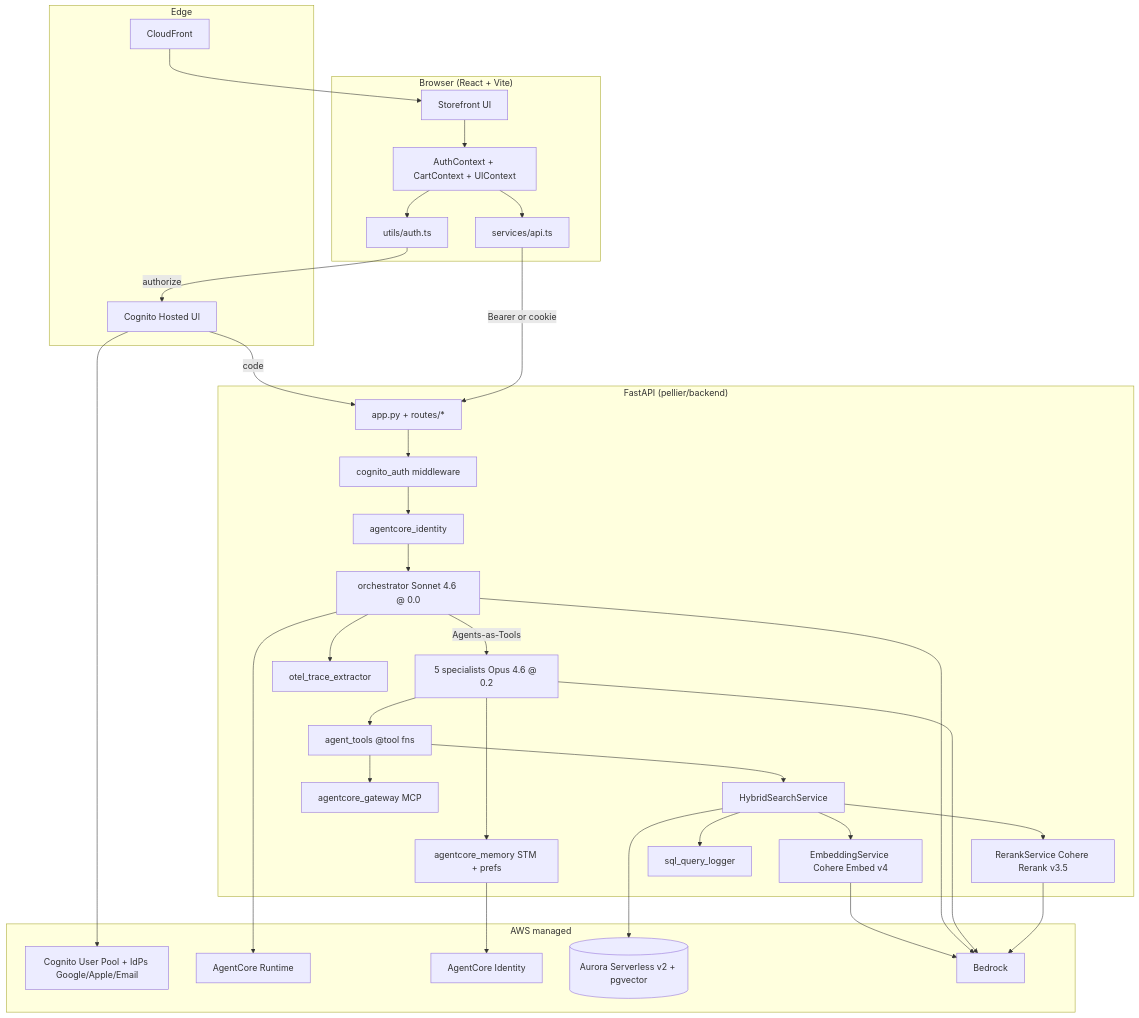
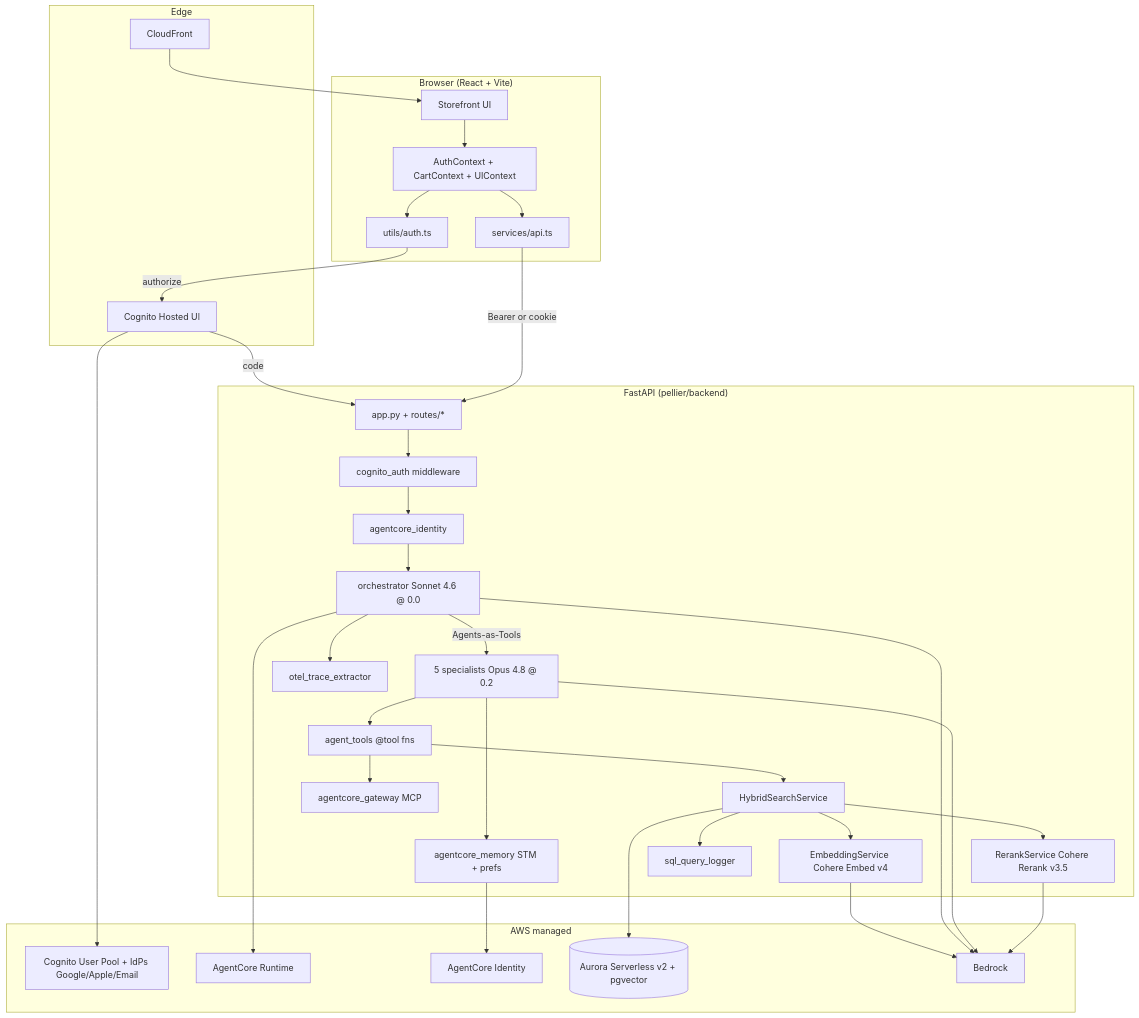
The first of 5 diagrams in .kiro/specs/pellier-storefront/design.md (aws-samples/sample-dat406-build-agentic-ai-powered-search-apg), drawn with Mermaid before and after one commit. The commit also changed other lines of this file and 61 other files, not shown here.

````diff
--- a/.kiro/specs/pellier-storefront/design.md
+++ b/.kiro/specs/pellier-storefront/design.md
@@ -32,66 +32,66 @@
 ```mermaid
 graph TB
   subgraph Browser["Browser (React + Vite)"]
     UI[Storefront UI]
     Ctx[AuthContext + CartContext + UIContext]
     API[services/api.ts]
     Auth[utils/auth.ts]
   end
 
   subgraph Edge["Edge"]
     CFN[CloudFront]
     CUI[Cognito Hosted UI]
   end
 
   subgraph Backend["FastAPI (pellier/backend)"]
     APP[app.py + routes/*]
     MW[cognito_auth middleware]
     ACID[agentcore_identity]
     ORCH[orchestrator Sonnet 4.6 @ 0.0]
-    SPEC[5 specialists Opus 4.6 @ 0.2]
+    SPEC[5 specialists Opus 4.8 @ 0.2]
     TOOLS[agent_tools @tool fns]
     HS[HybridSearchService]
     EMB[EmbeddingService Cohere Embed v4]
     RR[RerankService Cohere Rerank v3.5]
     MEM[agentcore_memory STM + prefs]
     GW[agentcore_gateway MCP]
     OTEL[otel_trace_extractor]
     SQL[sql_query_logger]
   end
 
   subgraph AWS["AWS managed"]
     COG[Cognito User Pool + IdPs Google/Apple/Email]
     RT[AgentCore Runtime]
     IDS[AgentCore Identity]
     AURORA[(Aurora Serverless v2 + pgvector)]
     BR[Bedrock]
   end
 
   UI --> Ctx
   Ctx --> API
   Ctx --> Auth
   Auth -->|authorize| CUI
   CUI --> COG
   CUI -->|code| APP
   CFN --> UI
 
   API -->|Bearer or cookie| APP
   APP --> MW --> ACID
   ACID --> ORCH
   ORCH -->|Agents-as-Tools| SPEC
   SPEC --> TOOLS
   TOOLS --> HS
   HS --> EMB
   HS --> RR
   HS --> AURORA
   SPEC --> MEM
   ORCH --> RT
   TOOLS --> GW
   ORCH --> OTEL
   HS --> SQL
   MEM --> IDS
   EMB --> BR
   ORCH --> BR
   SPEC --> BR
   RR --> BR
 ```
````
